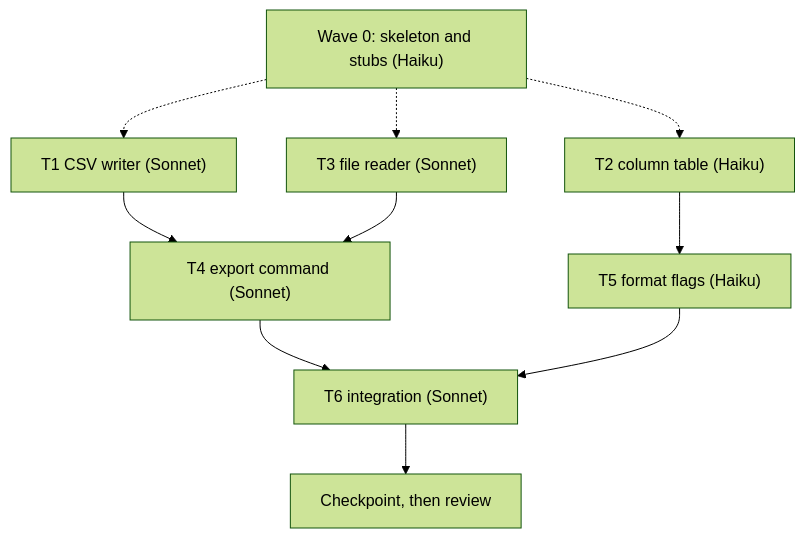
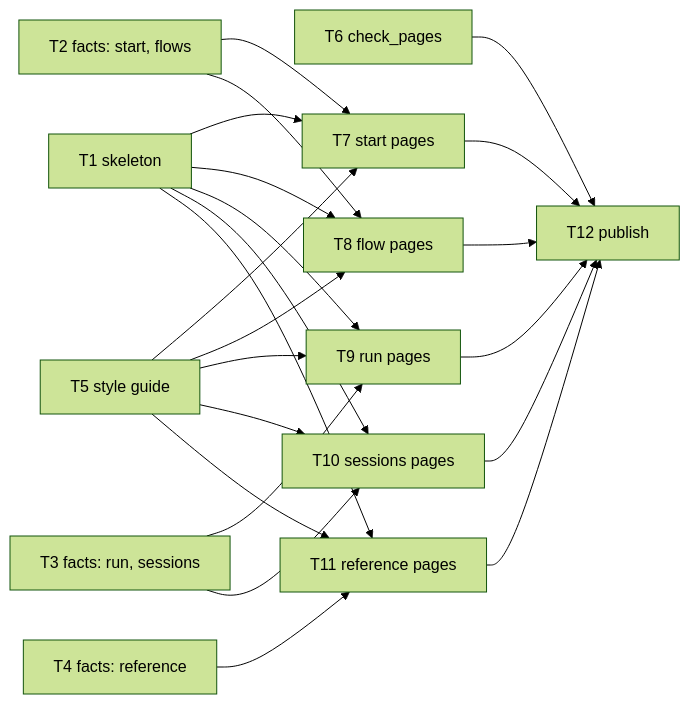
The diagram in src/content/docs/run/parallel-build.mdx (iha2/superlite), drawn with Mermaid (forest theme) before and after one commit. The commit also changed other lines of this file and 46 other files, not shown here.

````diff
--- a/src/content/docs/run/parallel-build.mdx
+++ b/src/content/docs/run/parallel-build.mdx
@@ -14,13 +16,22 @@
 ```mermaid
-flowchart TD
-  W0["Wave 0: skeleton and stubs (Haiku)"]
-  W0 -.-> T1["T1 CSV writer (Sonnet)"]
-  W0 -.-> T2["T2 column table (Haiku)"]
-  W0 -.-> T3["T3 file reader (Sonnet)"]
-  T1 --> T4["T4 export command (Sonnet)"]
-  T3 --> T4
-  T2 --> T5["T5 format flags (Haiku)"]
-  T4 --> T6["T6 integration (Sonnet)"]
-  T5 --> T6
-  T6 --> CP["Checkpoint, then review"]
+flowchart LR
+  T1["T1 skeleton"]
+  T2["T2 facts: start, flows"]
+  T3["T3 facts: run, sessions"]
+  T4["T4 facts: reference"]
+  T5["T5 style guide"]
+  T6["T6 check_pages"]
+  T7["T7 start pages"]
+  T8["T8 flow pages"]
+  T9["T9 run pages"]
+  T10["T10 sessions pages"]
+  T11["T11 reference pages"]
+  T12["T12 publish"]
+  T1 --> T7 & T8 & T9 & T10 & T11
+  T2 --> T7 & T8
+  T3 --> T9 & T10
+  T4 --> T11
+  T5 --> T7 & T8 & T9 & T10 & T11
+  T6 --> T12
+  T7 & T8 & T9 & T10 & T11 --> T12
 ```
````
